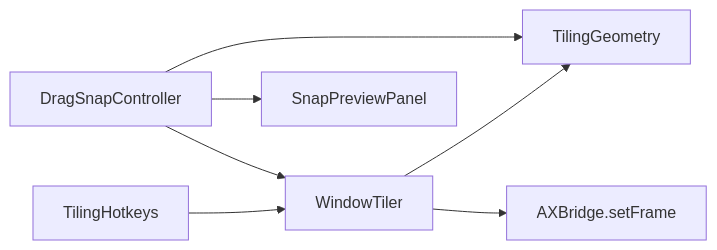
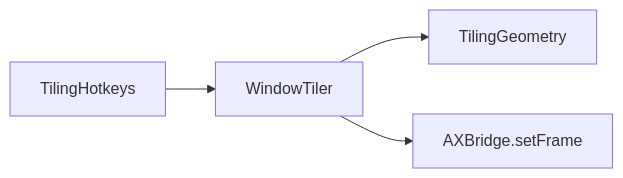
One commit to specktronica/omnibar changed the second of 2 diagrams in docs/architecture.md. Above: the diagram before and after it, drawn with Mermaid. The commit also changed other lines of this file and 13 other files, not shown here.

````diff
--- a/docs/architecture.md
+++ b/docs/architecture.md
@@ -78,9 +78,6 @@
 ```mermaid
 flowchart LR
   hotkeys[TilingHotkeys] --> tiler[WindowTiler]
-  drag[DragSnapController] --> geometry[TilingGeometry]
-  drag --> preview[SnapPreviewPanel]
-  drag --> tiler
-  tiler --> geometry
+  tiler --> geometry[TilingGeometry]
   tiler --> ax[AXBridge.setFrame]
 ```
````
